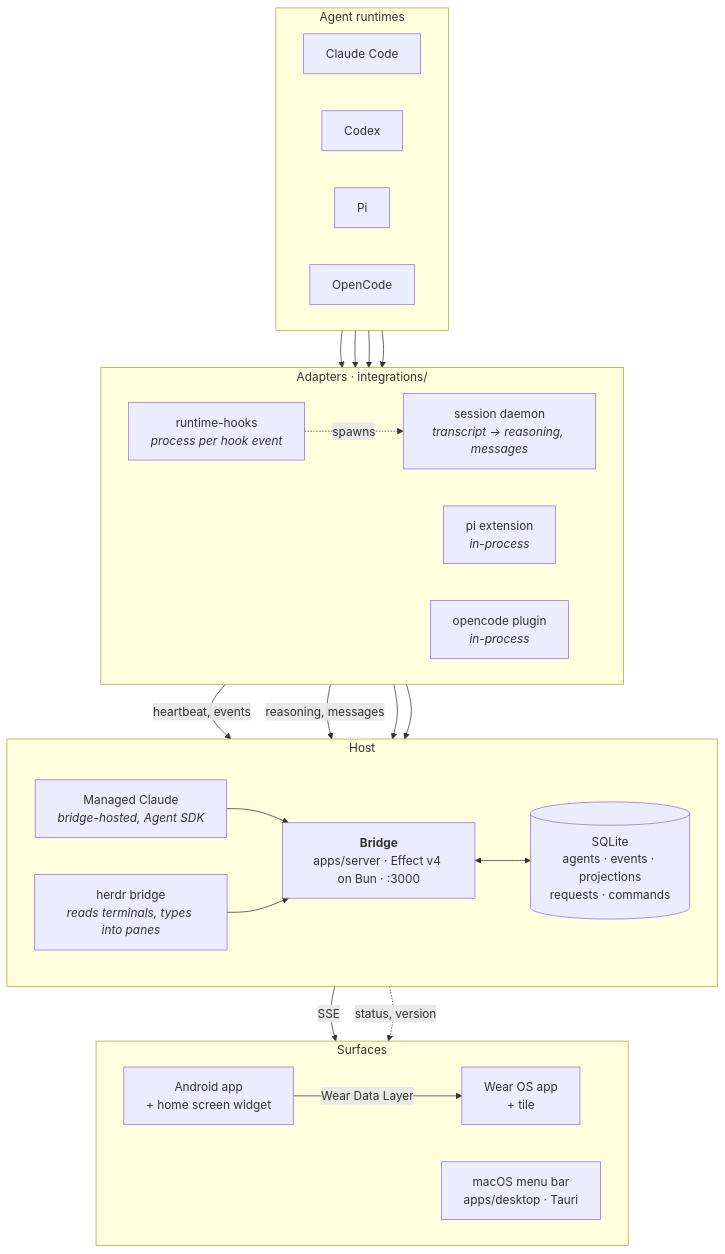
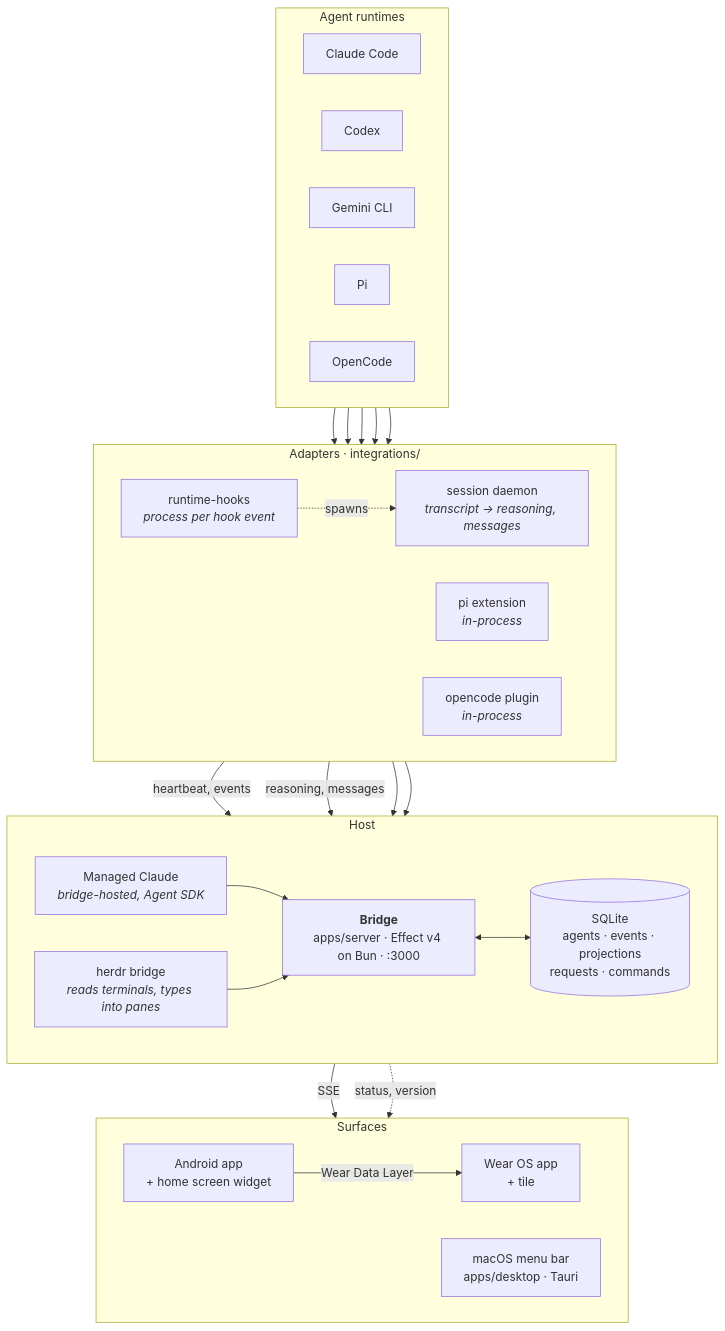
Before and after one commit to jagenaujagenau/agent-deck: the first of 3 diagrams in README.md, drawn with Mermaid. The commit also changed other lines of this file and 18 other files, not shown here.

````diff
--- a/README.md
+++ b/README.md
@@ -19,51 +20,53 @@
 ```mermaid
 flowchart TB
     subgraph runtimes["Agent runtimes"]
         direction LR
         cc["Claude Code"]
         cx["Codex"]
+        gm["Gemini CLI"]
         pi["Pi"]
         oc["OpenCode"]
     end
 
     subgraph adapters["Adapters · integrations/"]
         direction LR
         hooks["runtime-hooks<br><i>process per hook event</i>"]
         daemon["session daemon<br><i>transcript → reasoning, messages</i>"]
         piext["pi extension<br><i>in-process</i>"]
         ocplug["opencode plugin<br><i>in-process</i>"]
     end
 
     subgraph host["Host"]
         direction LR
         managed["Managed Claude<br><i>bridge-hosted, Agent SDK</i>"]
         bridge["<b>Bridge</b><br>apps/server · Effect v4 on Bun · :3000"]
         db[("SQLite<br>agents · events · projections<br>requests · commands")]
         herdrb["herdr bridge<br><i>reads terminals, types into panes</i>"]
     end
 
     subgraph surfaces["Surfaces"]
         direction LR
         phone["Android app<br>+ home screen widget"]
         watch["Wear OS app<br>+ tile"]
         desk["macOS menu bar<br>apps/desktop · Tauri"]
     end
 
     cc --> hooks
     cx --> hooks
+    gm --> hooks
     pi --> piext
     oc --> ocplug
     hooks -.spawns.-> daemon
 
     hooks -->|heartbeat, events| bridge
     daemon -->|reasoning, messages| bridge
     piext --> bridge
     ocplug --> bridge
     managed --> bridge
     herdrb --> bridge
     bridge <--> db
 
     bridge -->|SSE| phone
     phone -->|Wear Data Layer| watch
     bridge -.->|status, version| desk
 ```
````
